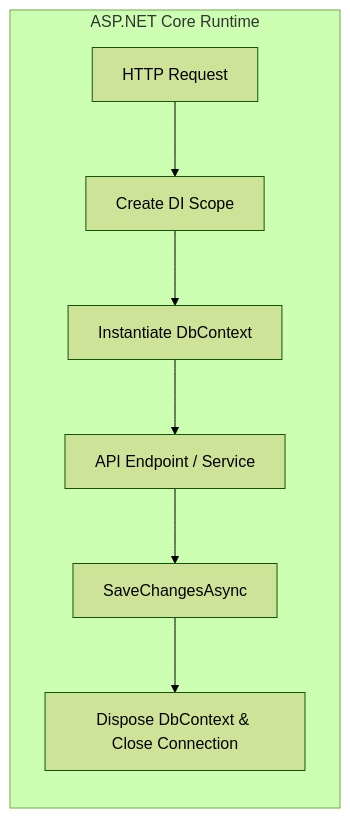
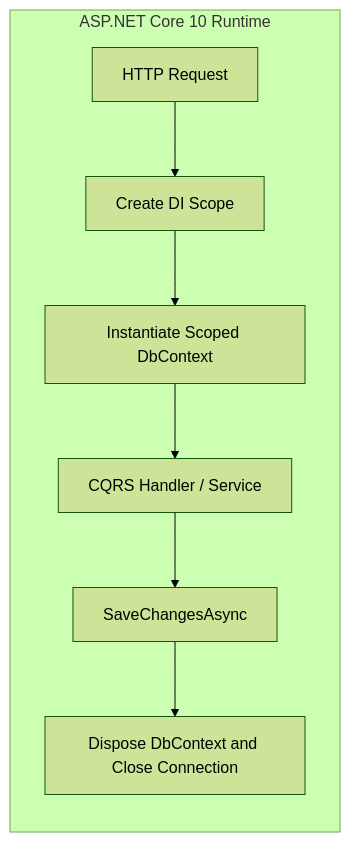
One commit to primecoderIN/learning-docs changed the first of 13 diagrams in EF_Core_Fundamentals/11_Module_11_Real_World_Application_Integration.md. Above: the diagram before and after it, drawn with Mermaid (forest theme). The commit also changed other lines of this file and 10 other files, not shown here.

````diff
--- a/EF_Core_Fundamentals/11_Module_11_Real_World_Application_Integration.md
+++ b/EF_Core_Fundamentals/11_Module_11_Real_World_Application_Integration.md
@@ -13,10 +17,10 @@
 ```mermaid
 graph LR
-    subgraph "ASP.NET Core Runtime"
-        Req[HTTP Request] --> Scope[Create DI Scope]
-        Scope --> Ctx[Instantiate DbContext]
-        Ctx --> Handler[API Endpoint / Service]
-        Handler --> Save[SaveChangesAsync]
-        Save --> Dispose[Dispose DbContext & Close Connection]
+    subgraph "ASP.NET Core 10 Runtime"
+        Req["HTTP Request"] --> Scope["Create DI Scope"]
+        Scope --> Ctx["Instantiate Scoped DbContext"]
+        Ctx --> Handler["CQRS Handler / Service"]
+        Handler --> Save["SaveChangesAsync"]
+        Save --> Dispose["Dispose DbContext and Close Connection"]
     end
 ```
````
